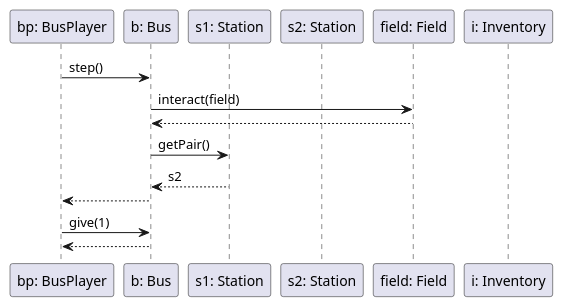
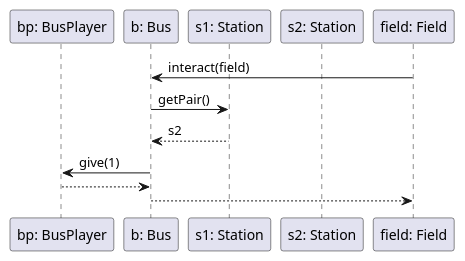
One commit to uhrinandor/spring changed the diagram in docs/analizis1/sequence/bus_collector.plantuml. Above: the diagram before and after it, drawn with PlantUML. The commit also changed 7 other files, not shown here.

Commit message:
szekvenciak broom_fej_interact, brush_snow, bus_collector, dragon_snow, hokotro_pontadas, melt, spshop javitasa

```diff
--- a/docs/analizis1/sequence/bus_collector.plantuml
+++ b/docs/analizis1/sequence/bus_collector.plantuml
@@ -1,16 +1,14 @@
 participant "bp: BusPlayer"
 participant "b: Bus"
 
 participant "s1: Station"
 participant "s2: Station"
 participant "field: Field"
-participant "i: Inventory"
 
-"bp: BusPlayer" -> "b: Bus": step()
-"b: Bus" -> "field: Field" :interact(field)
-"field: Field" --> "b: Bus"
+"field: Field" -> "b: Bus" :interact(field)
+
 "b: Bus" -> "s1: Station": getPair()
 "s1: Station" --> "b: Bus": s2
-"b: Bus" --> "bp: BusPlayer"
-"bp: BusPlayer" -> "b: Bus": give(1)
-"b: Bus" --> "bp: BusPlayer"
+"b: Bus" -> "bp: BusPlayer": give(1)
+"bp: BusPlayer" --> "b: Bus"
+"b: Bus" --> "field: Field"
```
